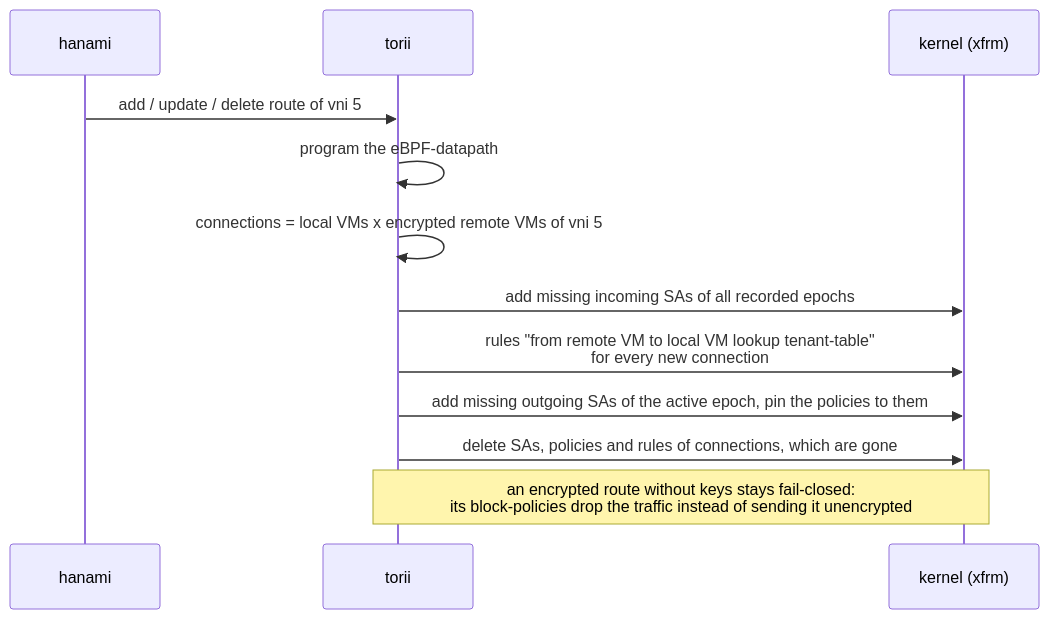
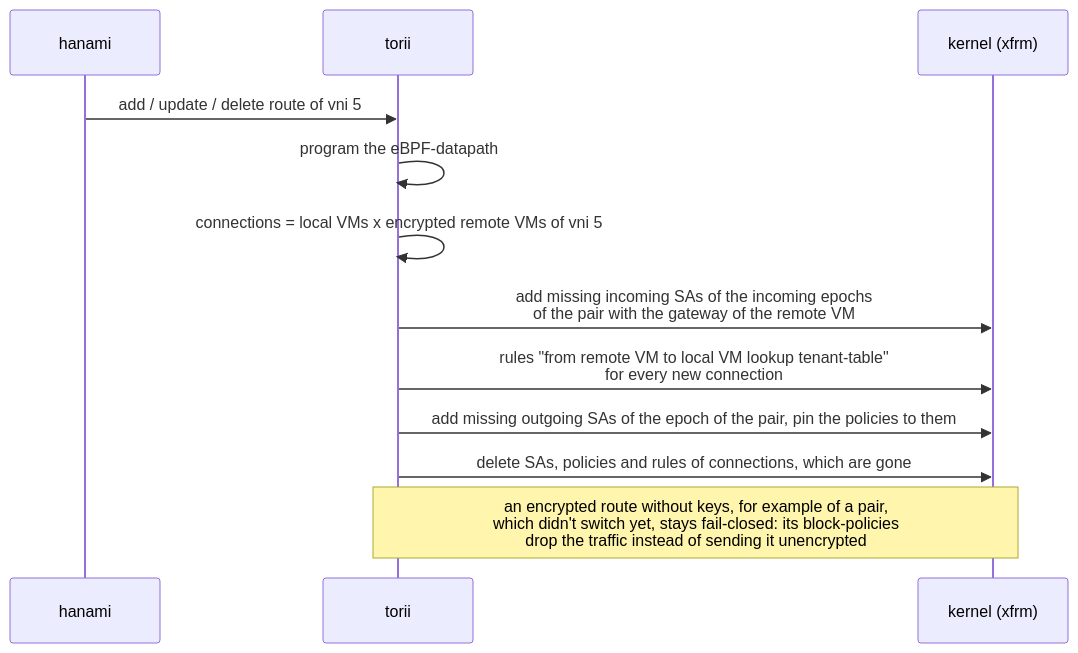
Diagram 12 of 20 in docs/developer/sequence_diagrams/network_crypto_key_exchange.md (kitsudaiki/ainari), drawn with Mermaid before and after one commit. The commit also changed other lines of this file and 3 other files, not shown here.

````diff
--- a/docs/developer/sequence_diagrams/network_crypto_key_exchange.md
+++ b/docs/developer/sequence_diagrams/network_crypto_key_exchange.md
@@ -417,15 +468,15 @@
 ```mermaid
 sequenceDiagram
     participant H as hanami
     participant T as torii
     participant K as kernel (xfrm)
 
     H->>T: add / update / delete route of vni 5
     T->>T: program the eBPF-datapath
     T->>T: connections = local VMs x encrypted remote VMs of vni 5
-    T->>K: add missing incoming SAs of all recorded epochs
+    T->>K: add missing incoming SAs of the incoming epochs<br/>of the pair with the gateway of the remote VM
     T->>K: rules "from remote VM to local VM lookup tenant-table"<br/>for every new connection
-    T->>K: add missing outgoing SAs of the active epoch, pin the policies to them
+    T->>K: add missing outgoing SAs of the epoch of the pair, pin the policies to them
     T->>K: delete SAs, policies and rules of connections, which are gone
-    Note over T,K: an encrypted route without keys stays fail-closed:<br/>its block-policies drop the traffic instead of sending it unencrypted
+    Note over T,K: an encrypted route without keys, for example of a pair,<br/>which didn't switch yet, stays fail-closed: its block-policies<br/>drop the traffic instead of sending it unencrypted
 ```
````
